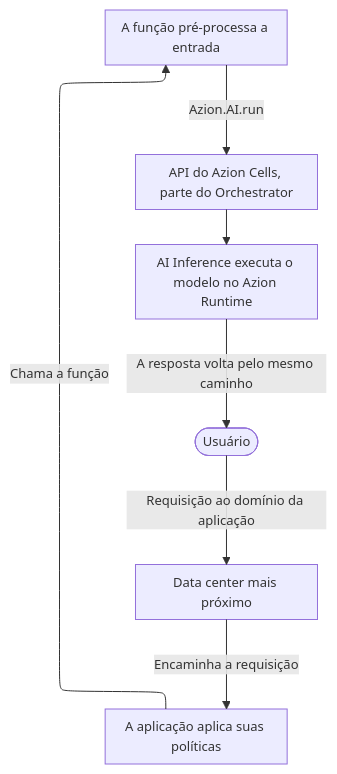
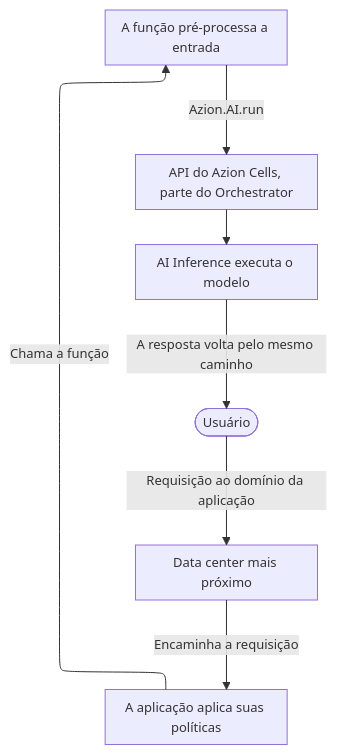
The diagram in apps/docs/src/content/docs/pt-br/pages/menu-principal/referencia/ai-inference/como-funciona.mdx (aziontech/docs), drawn with Mermaid before and after one commit. The commit also changed other lines of this file and 77 other files, not shown here.

````diff
--- a/apps/docs/src/content/docs/pt-br/pages/menu-principal/referencia/ai-inference/como-funciona.mdx
+++ b/apps/docs/src/content/docs/pt-br/pages/menu-principal/referencia/ai-inference/como-funciona.mdx
@@ -39,10 +39,10 @@
 ```mermaid
 %%{init: {"layout": "elk", "themeVariables": {"fontSize": "13px"}, "flowchart": {"nodeSpacing": 24, "rankSpacing": 36, "padding": 8, "wrappingWidth": 150, "useMaxWidth": true}, "sequence": {"width": 120, "actorMargin": 30, "useMaxWidth": true}}}%%
 flowchart TD
   User(["Usuário"]) -->|"Requisição ao domínio da aplicação"| DC["Data center mais próximo"]
   DC -->|"Encaminha a requisição"| App["A aplicação aplica suas políticas"]
   App -->|"Chama a função"| Fn["A função pré-processa a entrada"]
   Fn -->|"Azion.AI.run"| Cells["API do Azion Cells, parte do Orchestrator"]
-  Cells --> Model["AI Inference executa o modelo no Azion Runtime"]
+  Cells --> Model["AI Inference executa o modelo"]
   Model -->|"A resposta volta pelo mesmo caminho"| User
 ```
````
